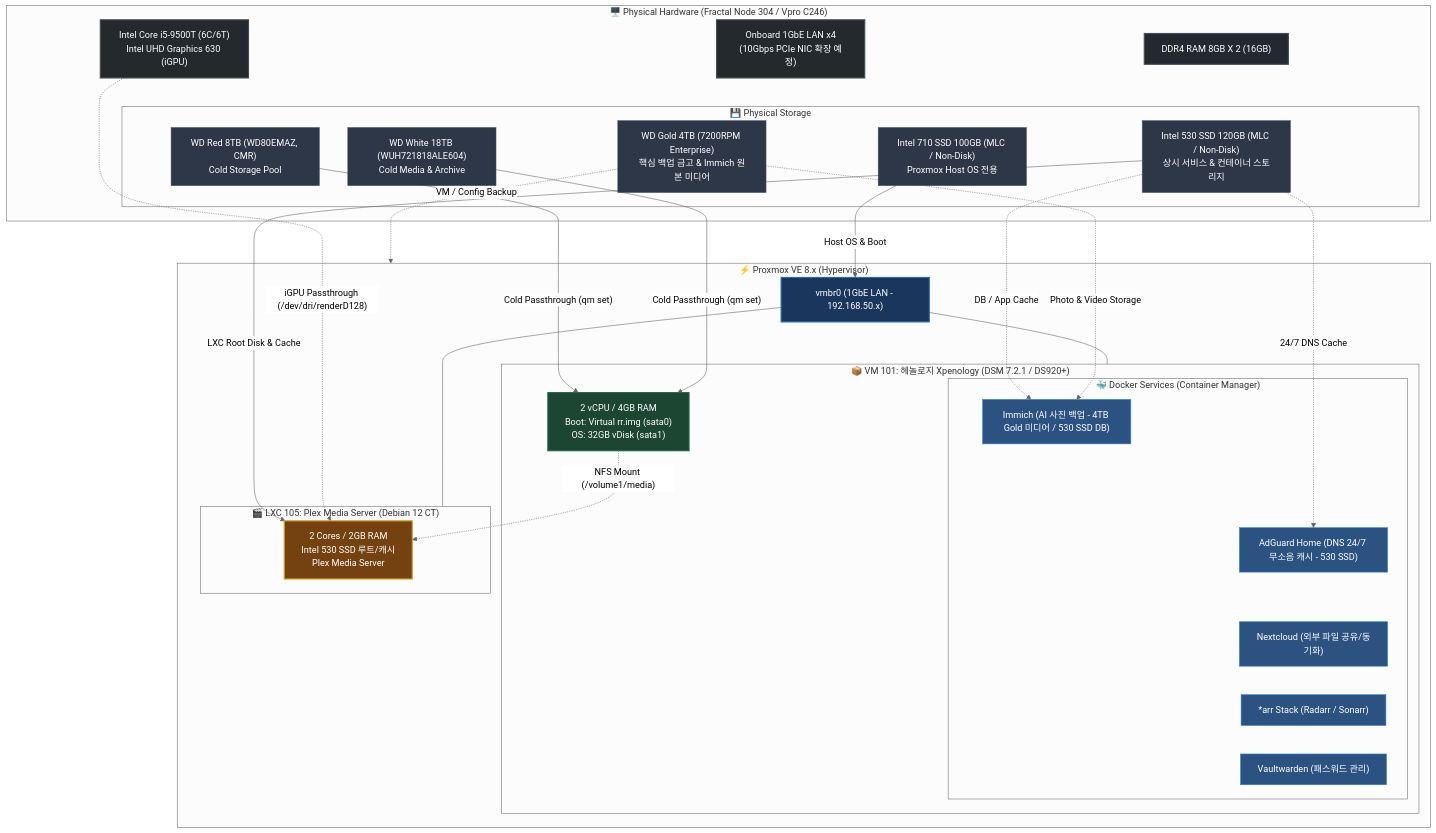
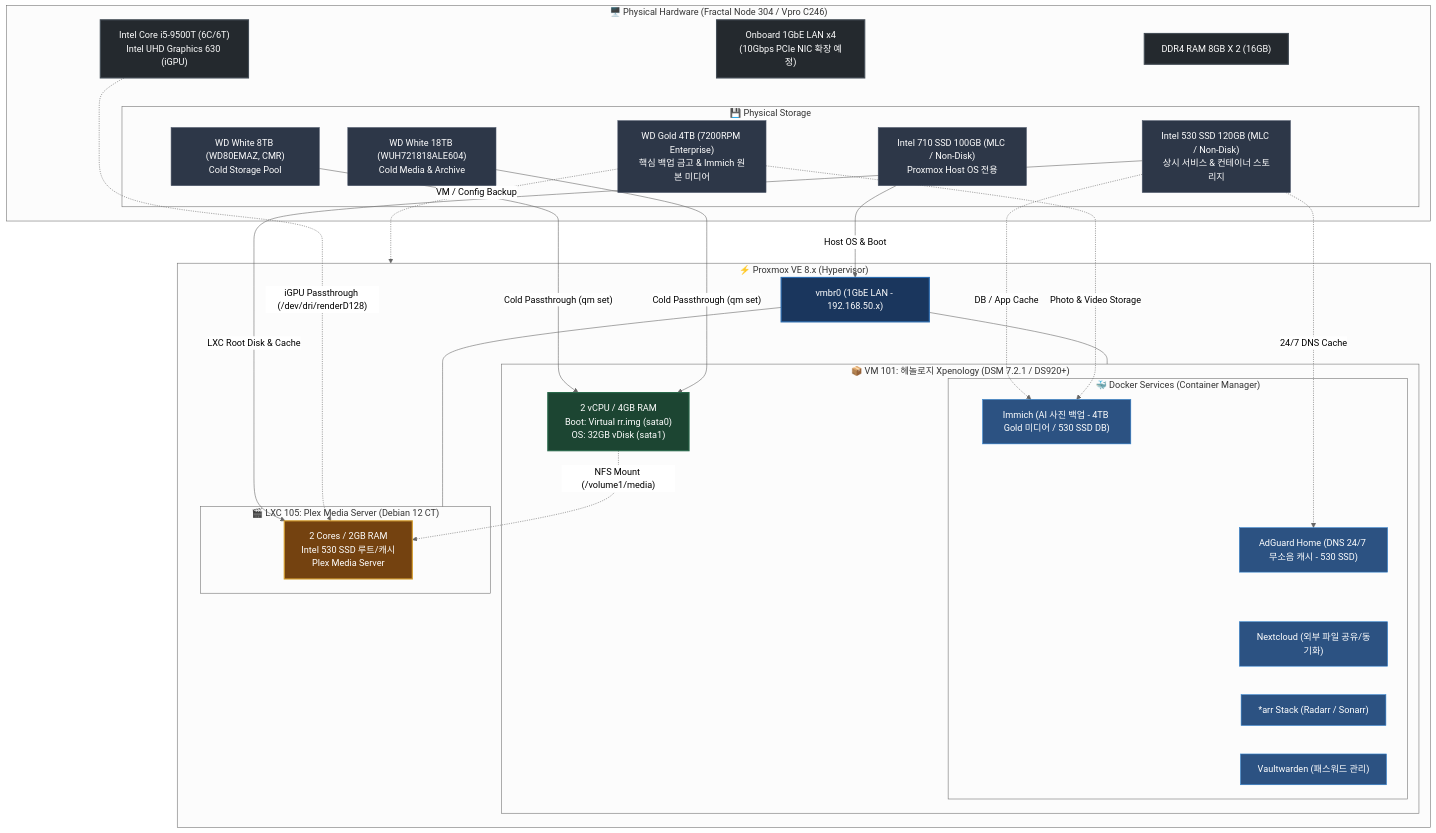
One commit to waceh/nas changed the diagram in README.md. Above: the diagram before and after it, drawn with Mermaid (neutral theme). The commit also changed other lines of this file and 6 other files, not shown here.

Commit message:
docs: 8TB 디스크를 WD White(WD80EMAZ-00WJTA0)로 정정 및 저장소 전체 일괄 반영

````diff
--- a/README.md
+++ b/README.md
@@ -16,76 +16,76 @@
 ```mermaid
 flowchart TB
     %% Styles
     classDef hw fill:#24292e,stroke:#444d56,stroke-width:2px,color:#fff;
     classDef pve fill:#1a365d,stroke:#2b6cb0,stroke-width:2px,color:#fff;
     classDef vm fill:#1c4532,stroke:#276749,stroke-width:2px,color:#fff;
     classDef lxc fill:#744210,stroke:#d69e2e,stroke-width:2px,color:#fff;
     classDef docker fill:#2c5282,stroke:#3182ce,stroke-width:1px,color:#fff;
     classDef disk fill:#2d3748,stroke:#4a5568,stroke-width:1px,color:#fff;
 
     %% 1. 상단 박스: Physical Hardware
     subgraph HW["🖥️ Physical Hardware (Fractal Node 304 / Vpro C246)"]
         CPU["Intel Core i5-9500T (6C/6T)<br/>Intel UHD Graphics 630 (iGPU)"]:::hw
         RAM["DDR4 RAM 8GB X 2 (16GB)"]:::hw
         NIC["Onboard 1GbE LAN x4<br/>(10Gbps PCIe NIC 확장 예정)"]:::hw
         
         subgraph Disks["💾 Physical Storage"]
             SSD_710["Intel 710 SSD 100GB (MLC / Non-Disk)<br/>Proxmox Host OS 전용"]:::disk
             SSD_530["Intel 530 SSD 120GB (MLC / Non-Disk)<br/>상시 서비스 & 컨테이너 스토리지"]:::disk
             WD_Gold["WD Gold 4TB (7200RPM Enterprise)<br/>핵심 백업 금고 & Immich 원본 미디어"]:::disk
-            WD_Red["WD Red 8TB (WD80EMAZ, CMR)<br/>Cold Storage Pool"]:::disk
-            WD_White["WD White 18TB (WUH721818ALE604)<br/>Cold Media & Archive"]:::disk
+            WD_White_8TB["WD White 8TB (WD80EMAZ, CMR)<br/>Cold Storage Pool"]:::disk
+            WD_White_18TB["WD White 18TB (WUH721818ALE604)<br/>Cold Media & Archive"]:::disk
         end
     end
 
     %% 2. 하단 박스: Proxmox VE
     subgraph PVE["⚡ Proxmox VE 8.x (Hypervisor)"]
         VMBR0["vmbr0 (1GbE LAN - 192.168.50.x)"]:::pve
         
         %% VM 101: Xpenology
         subgraph VM101["📦 VM 101: 헤놀로지 Xpenology (DSM 7.2.1 / DS920+)"]
             NAS_SPEC["2 vCPU / 4GB RAM<br/>Boot: Virtual rr.img (sata0)<br/>OS: 32GB vDisk (sata1)"]:::vm
             
             subgraph Docker["🐳 Docker Services (Container Manager)"]
                 D2["Immich (AI 사진 백업 - 4TB Gold 미디어 / 530 SSD DB)"]:::docker
                 D4["AdGuard Home (DNS 24/7 무소음 캐시 - 530 SSD)"]:::docker
                 D1["Nextcloud (외부 파일 공유/동기화)"]:::docker
                 D3["*arr Stack (Radarr / Sonarr)"]:::docker
                 D5["Vaultwarden (패스워드 관리)"]:::docker
                 
                 D2 ~~~ D4
                 D4 ~~~ D1
                 D1 ~~~ D3
                 D3 ~~~ D5
             end
         end
 
         %% LXC 105: Plex
         subgraph LXC105["🎬 LXC 105: Plex Media Server (Debian 12 CT)"]
             PLEX_SPEC["2 Cores / 2GB RAM<br/>Intel 530 SSD 루트/캐시<br/>Plex Media Server"]:::lxc
         end
     end
 
     %% 상하 세로 배치 제약
     CPU ~~~ SSD_710
     RAM ~~~ SSD_530
     NIC ~~~ WD_Gold
 
     %% Storage & Passthrough Links
     SSD_710 -->|"Host OS & Boot"| VMBR0
     SSD_530 -->|"LXC Root Disk & Cache"| PLEX_SPEC
     SSD_530 -.->|"DB / App Cache"| D2
     SSD_530 -.->|"24/7 DNS Cache"| D4
     WD_Gold -.->|"Photo & Video Storage"| D2
     WD_Gold -.->|"VM / Config Backup"| PVE
-    WD_Red -->|"Cold Passthrough (qm set)"| NAS_SPEC
-    WD_White -->|"Cold Passthrough (qm set)"| NAS_SPEC
+    WD_White_8TB -->|"Cold Passthrough (qm set)"| NAS_SPEC
+    WD_White_18TB -->|"Cold Passthrough (qm set)"| NAS_SPEC
     
     %% Hardware Acceleration
     CPU -.->|"iGPU Passthrough (/dev/dri/renderD128)"| PLEX_SPEC
     
     %% Network & Shared Storage
     VMBR0 --- VM101
     VMBR0 --- LXC105
     NAS_SPEC -.->|"NFS Mount (/volume1/media)"| PLEX_SPEC
 ```
````
